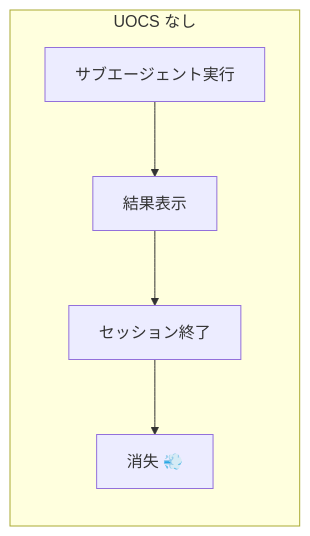
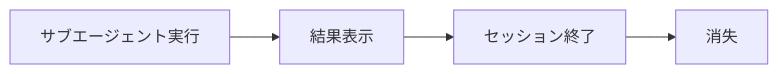
Before and after one commit to yasuhito/zenn: the first of 6 diagrams in articles/pai-uocs-output-capture.md, drawn with Mermaid. The commit also changed other lines of this file, not shown here.

Commit message:
Fix: UOCS記事のMermaidエラー修正

````diff
--- a/articles/pai-uocs-output-capture.md
+++ b/articles/pai-uocs-output-capture.md
@@ -21,8 +22,6 @@
 ```mermaid
 graph LR
-    subgraph "UOCS なし"
-        A[サブエージェント実行] --> B[結果表示]
-        B --> C[セッション終了]
-        C --> D[消失 💨]
-    end
+    A[サブエージェント実行] --> B[結果表示]
+    B --> C[セッション終了]
+    C --> D[消失]
 ```
````
